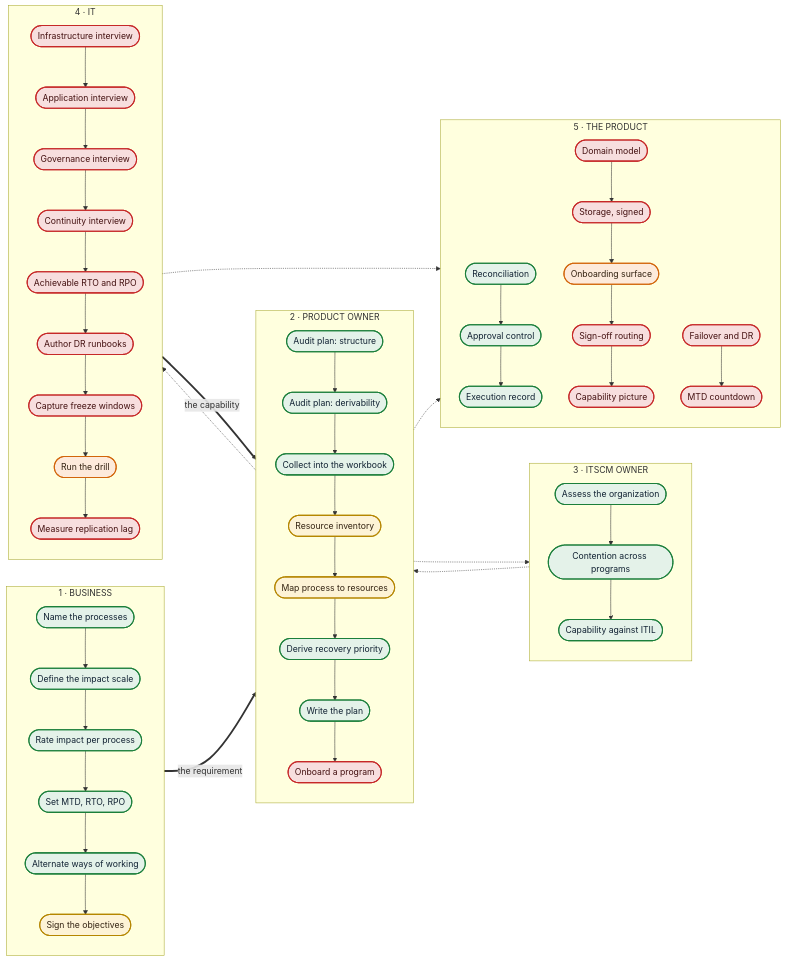
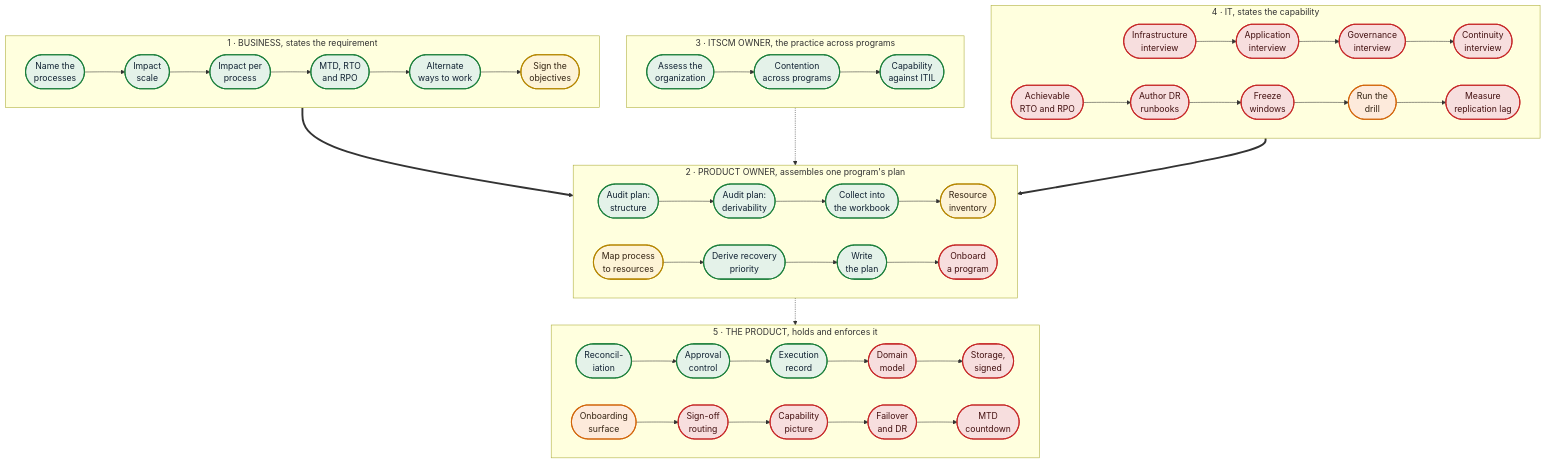
The diagram in README.md (opscontinuum/itscm-skills), drawn with Mermaid before and after one commit. The commit also changed other lines of this file, not shown here.

Commit message:
Redraw the diagram as vertical bands
Top-down was one enormous column, left-to-right was too wide to read. The
answer was the inner direction rather than the outer: the flow stays top-down
so the bands stack in the order the work happens, and each subgraph runs left
to right so a role's work reads as a horizontal band. That matches how the
published status page presents the same data.

Long lanes are split across two rows so nothing exceeds five nodes wide, and
labels break onto two lines to keep tiles narrow.

The cross-lane edges now link subgraph to subgraph rather than node to node.
Mermaid overrides a subgraph's inner direction when an edge crosses into one of
its nodes, so the precise handoffs would have collapsed every band back into a
vertical column. The caption carries what those edges mean instead, which is
the better place for it: the business sends down a requirement, IT sends back a
capability, and the product owner is where they meet.

Also fixes five em dashes this change introduced in the subgraph titles.

Claude-Session: https://claude.ai/code/session_0157dXWG8UzSdBPgdiE6bvrZ

````diff
--- a/README.md
+++ b/README.md
@@ -36,77 +40,70 @@
 ```mermaid
-flowchart LR
+flowchart TD
     classDef full fill:#e4f2e9,stroke:#1b7f3b,stroke-width:2px,color:#123
     classDef half fill:#fdf3d6,stroke:#b58600,stroke-width:2px,color:#321
     classDef some fill:#fdeadb,stroke:#d2650a,stroke-width:2px,color:#321
     classDef none fill:#f7dede,stroke:#c62828,stroke-width:2px,color:#411
 
-    subgraph BUS["1 · BUSINESS"]
-        direction TB
-        B1(["Name the processes"]) --> B2(["Define the impact scale"]) --> B3(["Rate impact per process"])
-        B3 --> B4(["Set MTD, RTO, RPO"]) --> B5(["Alternate ways of working"]) --> B6(["Sign the objectives"])
+    subgraph BUS["1 · BUSINESS, states the requirement"]
+        direction LR
+        B1(["Name the<br/>processes"]) --> B2(["Impact<br/>scale"]) --> B3(["Impact per<br/>process"])
+        B3 --> B4(["MTD, RTO<br/>and RPO"]) --> B5(["Alternate<br/>ways to work"]) --> B6(["Sign the<br/>objectives"])
     end
 
-    subgraph PO["2 · PRODUCT OWNER"]
-        direction TB
-        P2(["Audit plan: structure"]) --> P3(["Audit plan: derivability"]) --> P4(["Collect into the workbook"])
-        P4 --> P5(["Resource inventory"]) --> P6(["Map process to resources"]) --> P7(["Derive recovery priority"])
-        P7 --> P8(["Write the plan"]) --> P9(["Onboard a program"])
+    subgraph PO["2 · PRODUCT OWNER, assembles one program's plan"]
+        direction LR
+        P2(["Audit plan:<br/>structure"]) --> P3(["Audit plan:<br/>derivability"]) --> P4(["Collect into<br/>the workbook"]) --> P5(["Resource<br/>inventory"])
+        P6(["Map process<br/>to resources"]) --> P7(["Derive recovery<br/>priority"]) --> P8(["Write<br/>the plan"]) --> P9(["Onboard<br/>a program"])
     end
 
-    subgraph OWN["3 · ITSCM OWNER"]
-        direction TB
-        P1(["Assess the organization"]) --> P10(["Contention across programs"]) --> P11(["Capability against ITIL"])
+    subgraph OWN["3 · ITSCM OWNER, the practice across programs"]
+        direction LR
+        P1(["Assess the<br/>organization"]) --> P10(["Contention<br/>across programs"]) --> P11(["Capability<br/>against ITIL"])
     end
 
-    subgraph IT["4 · IT"]
-        direction TB
-        I1(["Infrastructure interview"]) --> I2(["Application interview"]) --> I3(["Governance interview"])
-        I3 --> I4(["Continuity interview"]) --> I5(["Achievable RTO and RPO"]) --> I6(["Author DR runbooks"])
-        I6 --> I7(["Capture freeze windows"]) --> I8(["Run the drill"]) --> I9(["Measure replication lag"])
+    subgraph IT["4 · IT, states the capability"]
+        direction LR
+        I1(["Infrastructure<br/>interview"]) --> I2(["Application<br/>interview"]) --> I3(["Governance<br/>interview"]) --> I4(["Continuity<br/>interview"])
+        I5(["Achievable<br/>RTO and RPO"]) --> I6(["Author DR<br/>runbooks"]) --> I7(["Freeze<br/>windows"]) --> I8(["Run the<br/>drill"]) --> I9(["Measure<br/>replication lag"])
     end
 
-    subgraph APP["5 · THE PRODUCT"]
-        direction TB
-        X1(["Reconciliation"]) --> X2(["Approval control"]) --> X3(["Execution record"])
-        X4(["Domain model"]) --> X5(["Storage, signed"]) --> X6(["Onboarding surface"])
-        X6 --> X7(["Sign-off routing"]) --> X8(["Capability picture"])
-        X9(["Failover and DR"]) --> X10(["MTD countdown"])
+    subgraph APP["5 · THE PRODUCT, holds and enforces it"]
+        direction LR
+        X1(["Reconcil-<br/>iation"]) --> X2(["Approval<br/>control"]) --> X3(["Execution<br/>record"]) --> X4(["Domain<br/>model"]) --> X5(["Storage,<br/>signed"])
+        X6(["Onboarding<br/>surface"]) --> X7(["Sign-off<br/>routing"]) --> X8(["Capability<br/>picture"]) --> X9(["Failover<br/>and DR"]) --> X10(["MTD<br/>countdown"])
     end
 
-    P1 -.-> P2
-    B6 == "the requirement" ==> P4
-    I5 == "the capability" ==> P6
-    P6 -.-> I6
-    P8 -.-> P10
-    P9 -.-> X4
-    I9 -.-> X10
+    BUS ==> PO
+    OWN -.-> PO
+    IT ==> PO
+    PO -.-> APP
 
     class B1,B2,B3,B4,B5 full
     class B6 half
     class P2,P3,P4,P7,P8 full
     class P5,P6 half
     class P9 none
     class P1,P10,P11 full
     class I8 some
     class I1,I2,I3,I4,I5,I6,I7,I9 none
     class X1,X2,X3 full
     class X6 some
     class X4,X5,X7,X8,X9,X10 none
 
     click B1 href "skills/business/bia-workshop/" "bia-workshop"
     click B2 href "skills/business/bia-workshop/" "bia-workshop"
     click B3 href "skills/business/bia-workshop/" "bia-workshop"
     click B4 href "skills/business/bia-workshop/" "bia-workshop"
     click B5 href "skills/business/bia-workshop/" "bia-workshop"
     click B6 href "skills/business/bia-workshop/" "bia-workshop"
     click P2 href "skills/product-owner/iscp-completeness/" "iscp-completeness"
     click P3 href "skills/product-owner/iscp-sufficiency/" "iscp-sufficiency"
     click P4 href "worksheets/" "the workbook"
     click P5 href "worksheets/" "workbook tab 6"
     click P6 href "worksheets/" "workbook tab 7, the join"
     click P7 href "skills/business/bia-workshop/" "bia-workshop, step 4"
     click P8 href "skills/product-owner/iscp-from-worksheet/" "iscp-from-worksheet"
     click P1 href "skills/itscm-owner/itscm-program-assessment/" "itscm-program-assessment"
     click P10 href "skills/itscm-owner/enterprise-bia/" "enterprise-bia"
     click P11 href "skills/itscm-owner/itscm-coordinator-review/" "itscm-coordinator-review"
 ```
````
